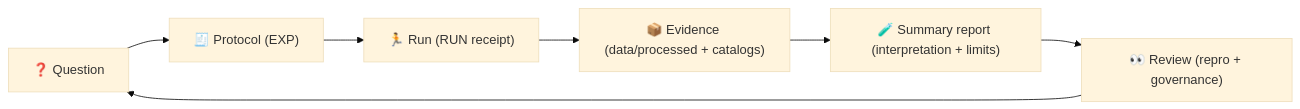
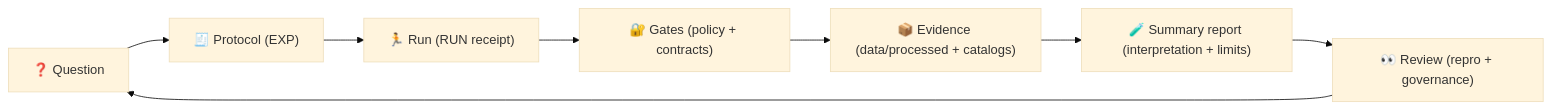
The first of 2 diagrams in mcp/README.md (bartytime4life/Kansas-Frontier-Matrix), drawn with Mermaid (base theme) before and after one commit. The commit also changed other lines of this file, not shown here.

````diff
--- a/mcp/README.md
+++ b/mcp/README.md
@@ -276,9 +342,10 @@
 ```mermaid
 flowchart LR
   Q["❓ Question"] --> P["🧾 Protocol (EXP)"]
   P --> R["🏃 Run (RUN receipt)"]
-  R --> E["📦 Evidence (data/processed + catalogs)"]
+  R --> G["🔐 Gates (policy + contracts)"]
+  G --> E["📦 Evidence (data/processed + catalogs)"]
   E --> S["🧪 Summary report (interpretation + limits)"]
   S --> V["👀 Review (repro + governance)"]
   V --> Q
 ```
````
